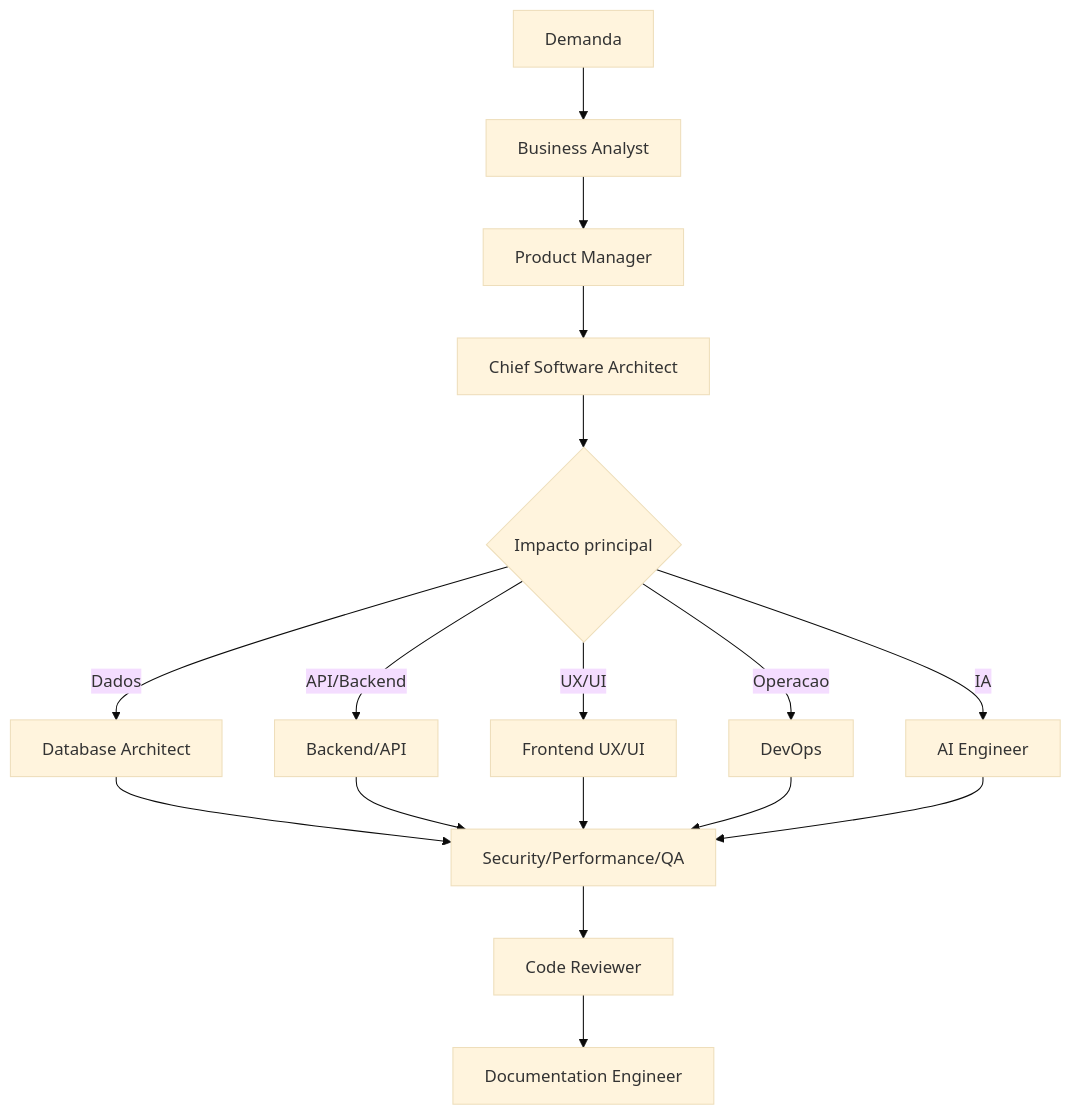
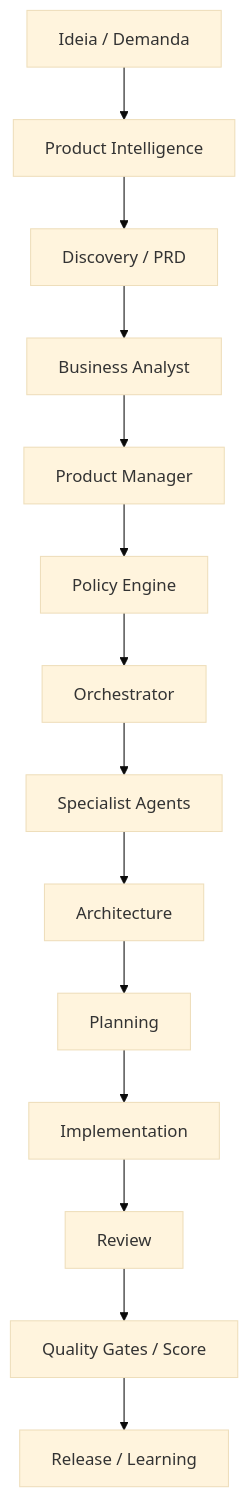
One commit to thyags/method-ceip changed the diagram in docs/workflows/06-agent-orchestration.md. Above: the diagram before and after it, drawn with Mermaid (base theme). The commit also changed other lines of this file and 57 other files, not shown here.

````diff
--- a/docs/workflows/06-agent-orchestration.md
+++ b/docs/workflows/06-agent-orchestration.md
@@ -20,19 +21,16 @@
 ```mermaid
 flowchart TD
-    A["Demanda"] --> B["Business Analyst"]
-    B --> C["Product Manager"]
-    C --> D["Chief Software Architect"]
-    D --> E{"Impacto principal"}
-    E -->|Dados| F["Database Architect"]
-    E -->|API/Backend| G["Backend/API"]
-    E -->|UX/UI| H["Frontend UX/UI"]
-    E -->|Operacao| I["DevOps"]
-    E -->|IA| J["AI Engineer"]
-    F --> K["Security/Performance/QA"]
-    G --> K
-    H --> K
-    I --> K
-    J --> K
-    K --> L["Code Reviewer"]
-    L --> M["Documentation Engineer"]
+    A["Ideia / Demanda"] --> B["Product Intelligence"]
+    B --> C["Discovery / PRD"]
+    C --> D["Business Analyst"]
+    D --> E["Product Manager"]
+    E --> F["Policy Engine"]
+    F --> G["Orchestrator"]
+    G --> H["Specialist Agents"]
+    H --> I["Architecture"]
+    I --> J["Planning"]
+    J --> K["Implementation"]
+    K --> L["Review"]
+    L --> M["Quality Gates / Score"]
+    M --> N["Release / Learning"]
 ```
````
